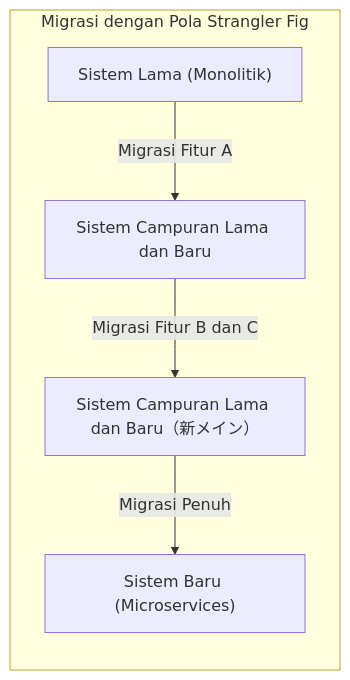
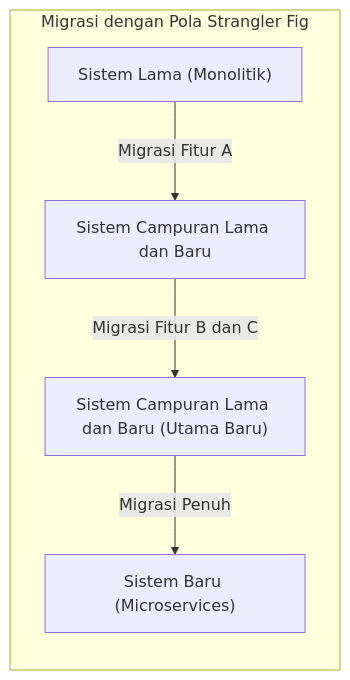
The first of 4 diagrams in content/post/ship-of-theseus/index.id.md (kenjinote/blog), drawn with Mermaid before and after one commit. The commit also changed 7 other files, not shown here.

Commit message:
Translate leftover Japanese strings in code blocks, math, and mermaid to localized languages

````diff
--- a/content/post/ship-of-theseus/index.id.md
+++ b/content/post/ship-of-theseus/index.id.md
@@ -33,8 +33,8 @@
 ```mermaid
 graph LR
     subgraph "Migrasi dengan Pola Strangler Fig"
         A["Sistem Lama (Monolitik)"] -->|"Migrasi Fitur A"| B["Sistem Campuran Lama dan Baru"]
-        B -->|"Migrasi Fitur B dan C"| C["Sistem Campuran Lama dan Baru（新メイン）"]
+        B -->|"Migrasi Fitur B dan C"| C["Sistem Campuran Lama dan Baru (Utama Baru)"]
         C -->|"Migrasi Penuh"| D["Sistem Baru (Microservices)"]
     end
 ```
````
